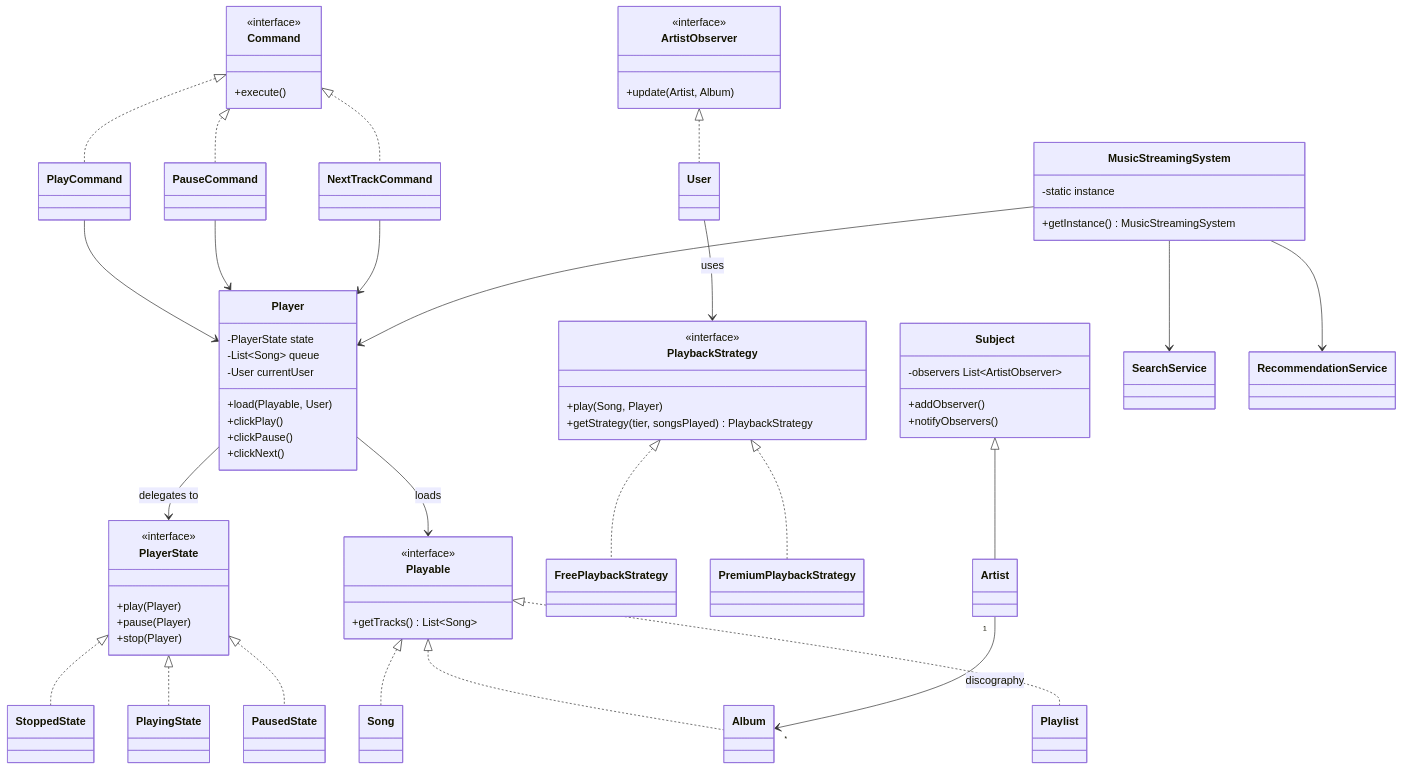
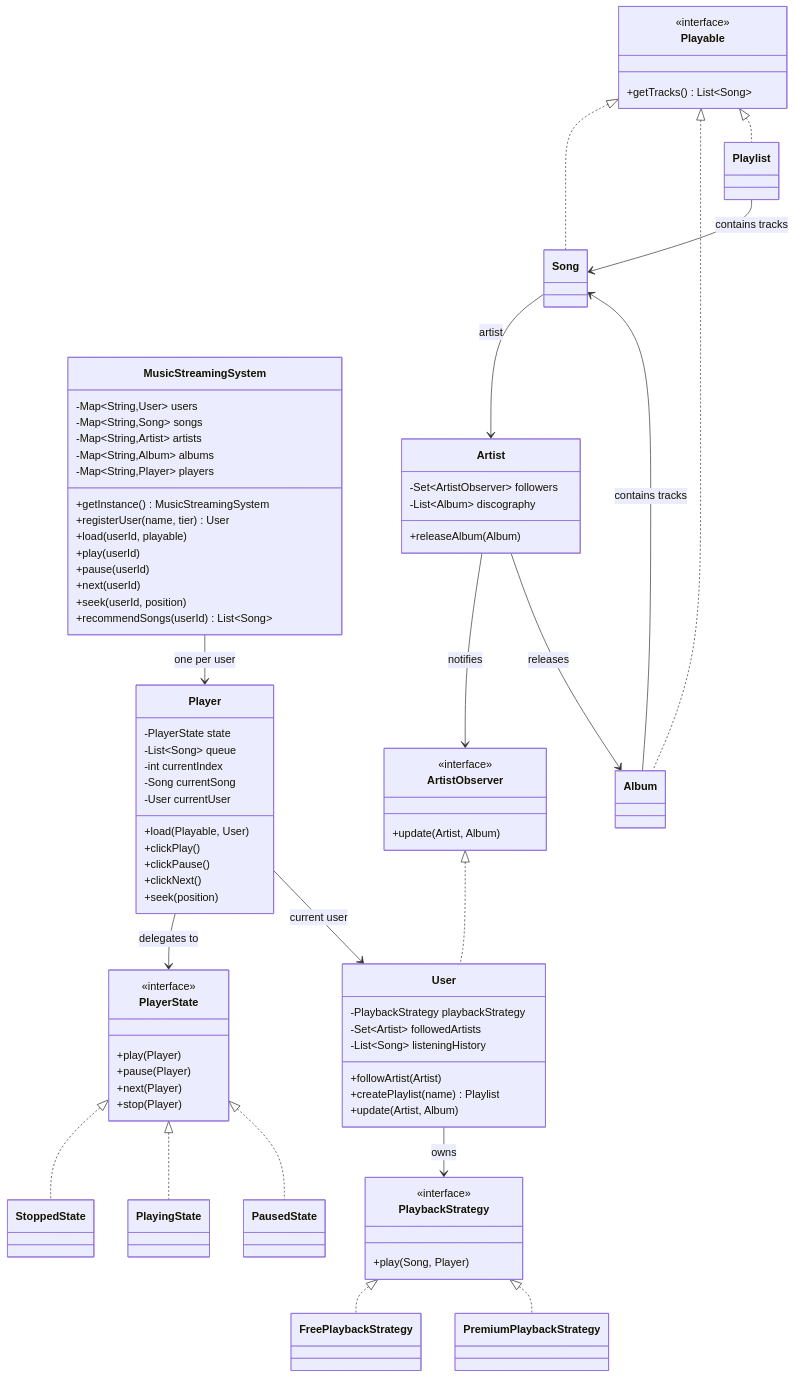
Before and after one commit to bhargavtenali/awesome-low-level-design: the second of 7 diagrams in solutions/java/src/musicstreamingservice/music-streaming-system-lld-interview.md, drawn with Mermaid. The commit also changed other lines of this file and 15 other files, not shown here.

````diff
--- a/solutions/java/src/musicstreamingservice/music-streaming-system-lld-interview.md
+++ b/solutions/java/src/musicstreamingservice/music-streaming-system-lld-interview.md
@@ -54,48 +74,69 @@
 ```mermaid
 classDiagram
-    class Playable {
-        <<interface>>
+    class MusicStreamingSystem {
+        -Map~String,User~ users
+        -Map~String,Song~ songs
+        -Map~String,Artist~ artists
+        -Map~String,Album~ albums
+        -Map~String,Player~ players
+        +getInstance() MusicStreamingSystem
+        +registerUser(name, tier) User
+        +load(userId, playable)
+        +play(userId)
+        +pause(userId)
+        +next(userId)
+        +seek(userId, position)
+        +recommendSongs(userId) List~Song~
+    }
+    class Playable { <<interface>>
         +getTracks() List~Song~
     }
     class Song
     class Album
     class Playlist
-
     Playable <|.. Song
     Playable <|.. Album
     Playable <|.. Playlist
+    Album --> Song : contains tracks
+    Playlist --> Song : contains tracks
+    Song --> Artist : artist
 
-    class Subject {
-        -observers List~ArtistObserver~
-        +addObserver()
-        +notifyObservers()
-    }
-    class ArtistObserver {
-        <<interface>>
+    class User {
+        -PlaybackStrategy playbackStrategy
+        -Set~Artist~ followedArtists
+        -List~Song~ listeningHistory
+        +followArtist(Artist)
+        +createPlaylist(name) Playlist
         +update(Artist, Album)
     }
-    class Artist
-    class User
+    class Artist {
+        -Set~ArtistObserver~ followers
+        -List~Album~ discography
+        +releaseAlbum(Album)
+    }
+    class ArtistObserver { <<interface>>
+        +update(Artist, Album)
+    }
+    ArtistObserver <|.. User
+    Artist --> ArtistObserver : notifies
+    Artist --> Album : releases
 
-    Subject <|-- Artist
-    ArtistObserver <|.. User
-    Artist "1" --> "*" Album : discography
-
-    class PlaybackStrategy {
-        <<interface>>
-        +play(Song, Player)
-        +getStrategy(tier, songsPlayed) PlaybackStrategy
+    class Player {
+        -PlayerState state
+        -List~Song~ queue
+        -int currentIndex
+        -Song currentSong
+        -User currentUser
+        +load(Playable, User)
+        +clickPlay()
+        +clickPause()
+        +clickNext()
+        +seek(position)
     }
-    class FreePlaybackStrategy
-    class PremiumPlaybackStrategy
-    PlaybackStrategy <|.. FreePlaybackStrategy
-    PlaybackStrategy <|.. PremiumPlaybackStrategy
-    User --> PlaybackStrategy : uses
-
-    class PlayerState {
-        <<interface>>
+    class PlayerState { <<interface>>
         +play(Player)
         +pause(Player)
+        +next(Player)
         +stop(Player)
     }
     class StoppedState
@@ -104,38 +145,16 @@
     PlayerState <|.. StoppedState
     PlayerState <|.. PlayingState
     PlayerState <|.. PausedState
+    Player --> PlayerState : delegates to
 
-    class Player {
-        -PlayerState state
-        -List~Song~ queue
-        -User currentUser
-        +load(Playable, User)
-        +clickPlay()
-        +clickPause()
-        +clickNext()
+    class PlaybackStrategy { <<interface>>
+        +play(Song, Player)
     }
-    Player --> PlayerState : delegates to
-    Player --> Playable : loads
-
-    class Command {
-        <<interface>>
-        +execute()
-    }
-    class PlayCommand
-    class PauseCommand
-    class NextTrackCommand
-    Command <|.. PlayCommand
-    Command <|.. PauseCommand
-    Command <|.. NextTrackCommand
-    PlayCommand --> Player
-    PauseCommand --> Player
-    NextTrackCommand --> Player
-
-    class MusicStreamingSystem {
-        -static instance
-        +getInstance() MusicStreamingSystem
-    }
-    MusicStreamingSystem --> Player
-    MusicStreamingSystem --> SearchService
-    MusicStreamingSystem --> RecommendationService
+    class FreePlaybackStrategy
+    class PremiumPlaybackStrategy
+    PlaybackStrategy <|.. FreePlaybackStrategy
+    PlaybackStrategy <|.. PremiumPlaybackStrategy
+    User --> PlaybackStrategy : owns
+    Player --> User : current user
+    MusicStreamingSystem --> Player : one per user
 ```
````
